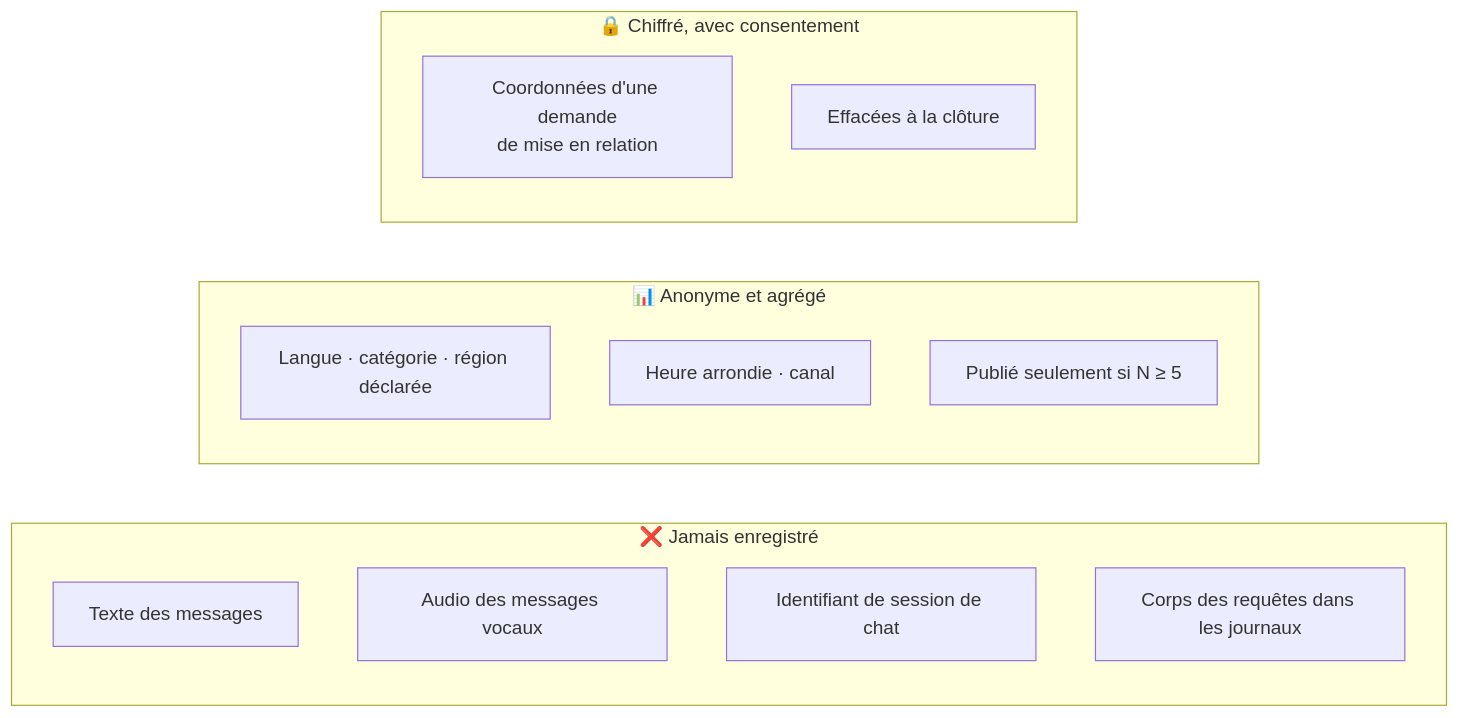
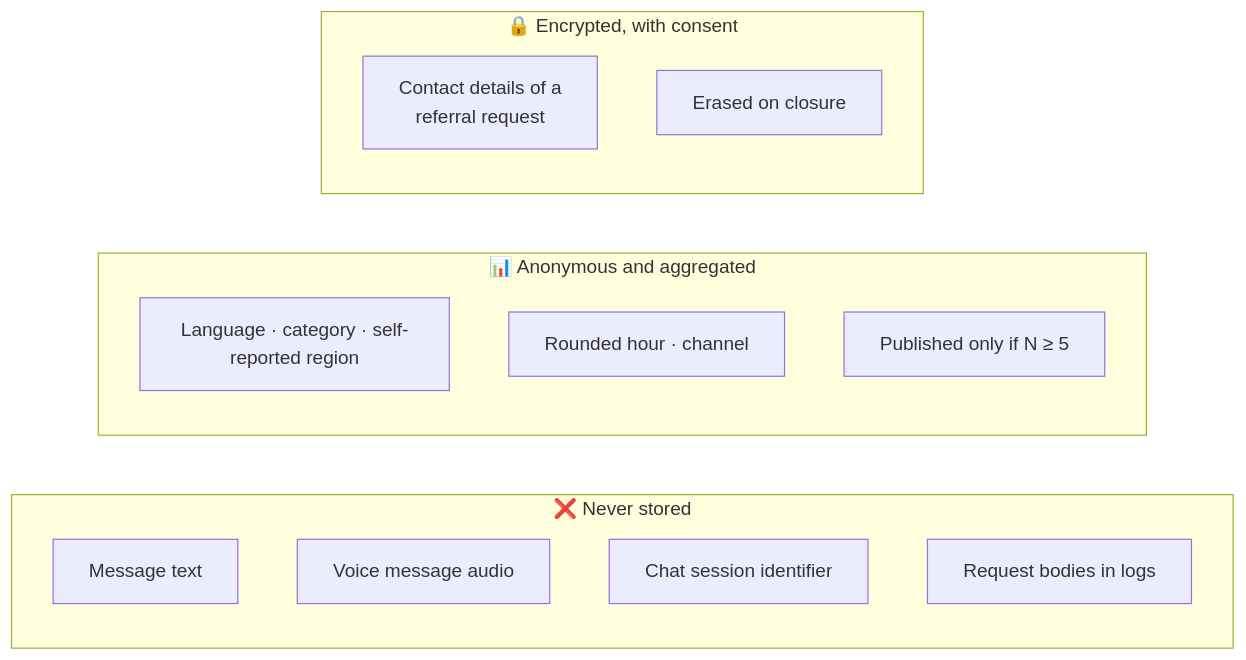
Before and after one commit to Dioumadev221/SUNUSAFEGUARD: diagram 13 of 17 in README.md, drawn with Mermaid. The commit also changed other lines of this file and 1 other file, not shown here.

````diff
--- a/README.md
+++ b/README.md
@@ -598,18 +613,18 @@
 ```mermaid
 flowchart LR
-    subgraph JAMAIS["❌ Jamais enregistré"]
-        J1["Texte des messages"]
-        J2["Audio des messages vocaux"]
-        J3["Identifiant de session de chat"]
-        J4["Corps des requêtes dans les journaux"]
+    subgraph NEVER["❌ Never stored"]
+        J1["Message text"]
+        J2["Voice message audio"]
+        J3["Chat session identifier"]
+        J4["Request bodies in logs"]
     end
-    subgraph ANONYME["📊 Anonyme et agrégé"]
-        A1["Langue · catégorie · région déclarée"]
-        A2["Heure arrondie · canal"]
-        A3["Publié seulement si N ≥ 5"]
+    subgraph ANON["📊 Anonymous and aggregated"]
+        A1["Language · category · self-reported region"]
+        A2["Rounded hour · channel"]
+        A3["Published only if N ≥ 5"]
     end
-    subgraph PROTEGE["🔒 Chiffré, avec consentement"]
-        P1["Coordonnées d'une demande<br/>de mise en relation"]
-        P2["Effacées à la clôture"]
+    subgraph PROT["🔒 Encrypted, with consent"]
+        P1["Contact details of a<br/>referral request"]
+        P2["Erased on closure"]
     end
 ```
````
